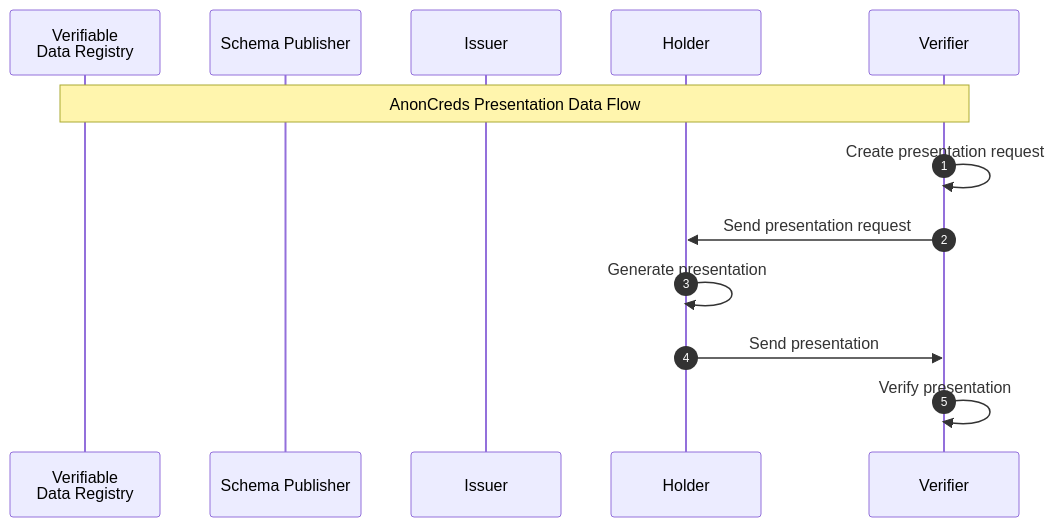
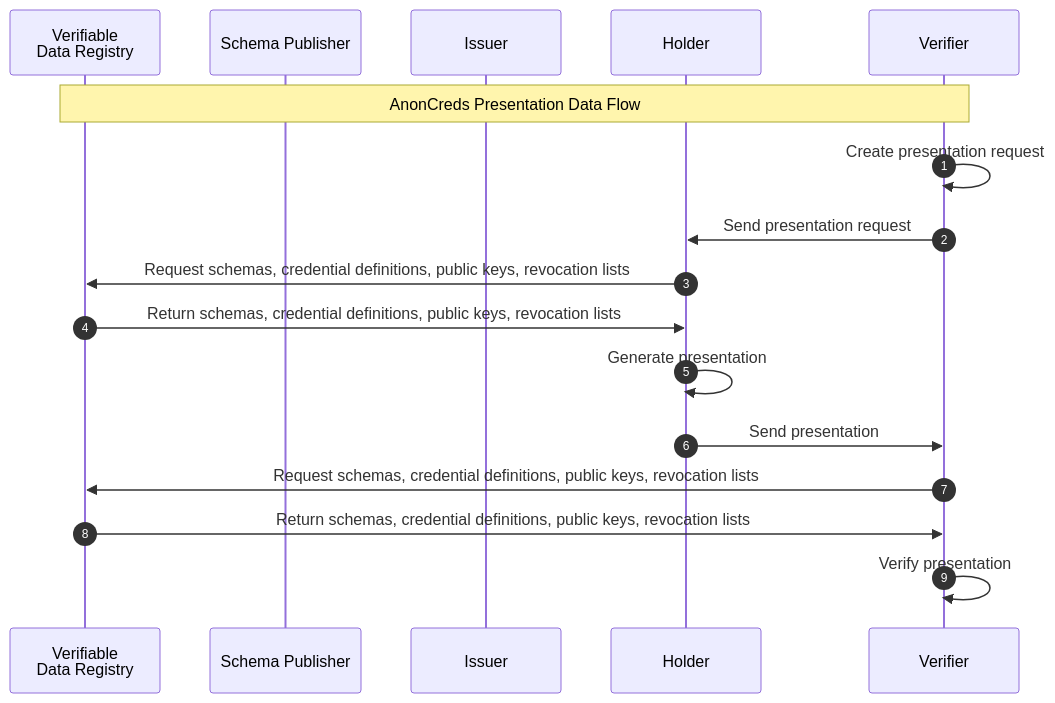
Before and after one commit to hyperledger/anoncreds-spec: the diagram in spec/data_flow_presentation_overview.md, drawn with Mermaid. The commit also changed other lines of this file and 2 other files, not shown here.

````diff
--- a/spec/data_flow_presentation_overview.md
+++ b/spec/data_flow_presentation_overview.md
@@ -3,15 +3,19 @@
 ```mermaid
 sequenceDiagram
     autonumber
     participant L as Verifiable<br>Data Registry
     participant SP as Schema Publisher
     participant I as Issuer
     participant H as Holder   
     participant V as Verifier 
     Note over L, V: AnonCreds Presentation Data Flow
     V->>V: Create presentation request
     V->>H: Send presentation request
+    H->>L: Request schemas, credential definitions, public keys, revocation lists  
+    L->>H: Return schemas, credential definitions, public keys, revocation lists  
     H->>H: Generate presentation
     H->>V: Send presentation
+    V->>L: Request schemas, credential definitions, public keys, revocation lists  
+    L->>V: Return schemas, credential definitions, public keys, revocation lists  
     V->>V: Verify presentation
 ```
````
